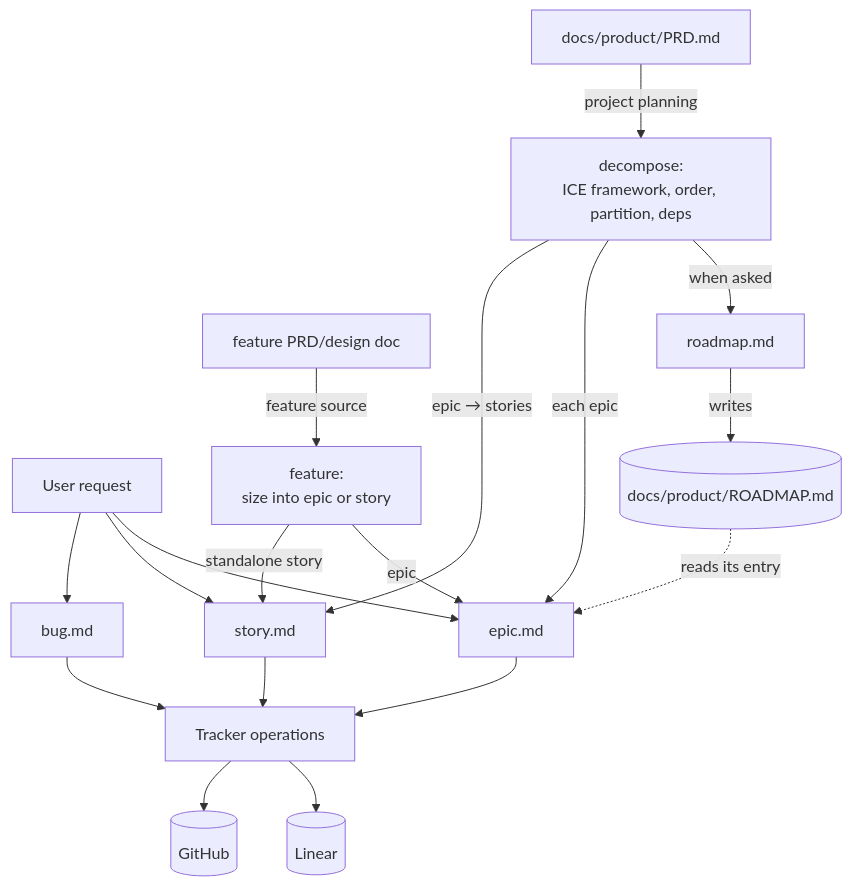
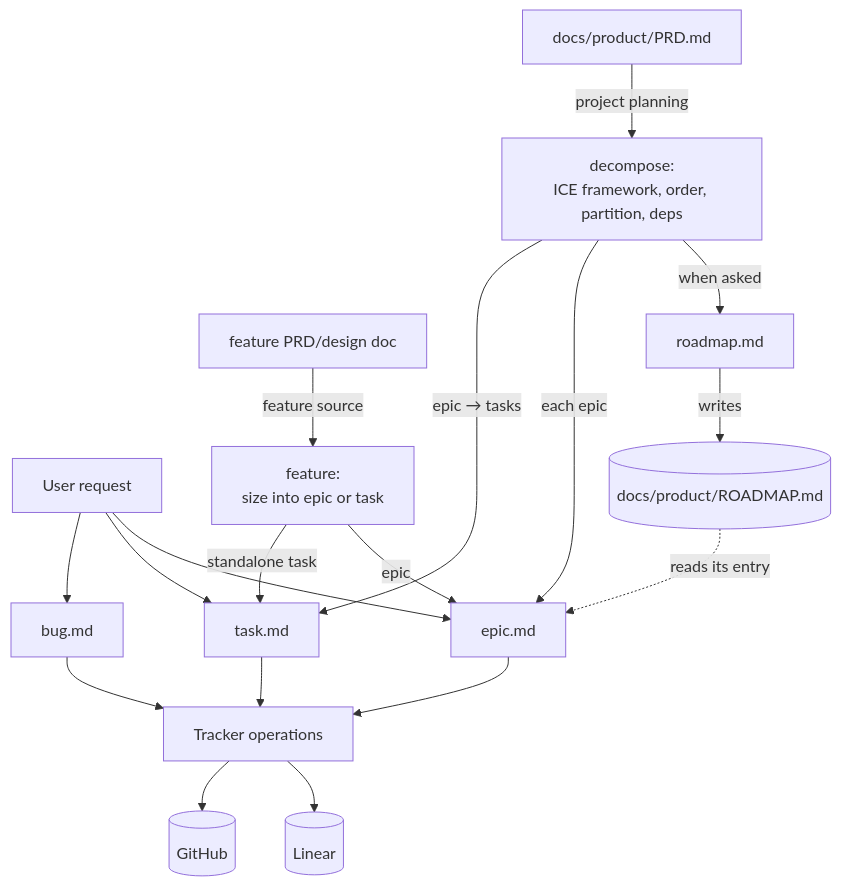
One commit to adeonir/agent-skills changed the diagram in skills/product/epic-tracker/README.md. Above: the diagram before and after it, drawn with Mermaid. The commit also changed other lines of this file and 14 other files, not shown here.

Commit message:
feat(epic-tracker): replace stories with tasks that use checklist acceptance criteria

````diff
--- a/skills/product/epic-tracker/README.md
+++ b/skills/product/epic-tracker/README.md
@@ -7,20 +7,20 @@
 ```mermaid
 flowchart TD
     USER[User request] --> EP[epic.md]
-    USER --> STK[story.md]
+    USER --> STK[task.md]
     USER --> BG[bug.md]
     PRD[docs/product/PRD.md] -->|project planning| DEC[decompose:<br>ICE framework, order, partition, deps]
-    FPRD[feature PRD/design doc] -->|feature source| FT[feature:<br>size into epic or story]
+    FPRD[feature PRD/design doc] -->|feature source| FT[feature:<br>size into epic or task]
     FT -->|epic| EP
-    FT -->|standalone story| STK
+    FT -->|standalone task| STK
     DEC -->|when asked| RW[roadmap.md]
     RW -->|writes| RM[(docs/product/ROADMAP.md)]
     DEC -->|each epic| EP
     RM -.reads its entry.-> EP
-    DEC -->|epic → stories| STK
+    DEC -->|epic → tasks| STK
     EP --> SY[Tracker operations]
     STK --> SY
     BG --> SY
     SY --> LN[(Linear)]
     SY --> GH[(GitHub)]
 ```
````
